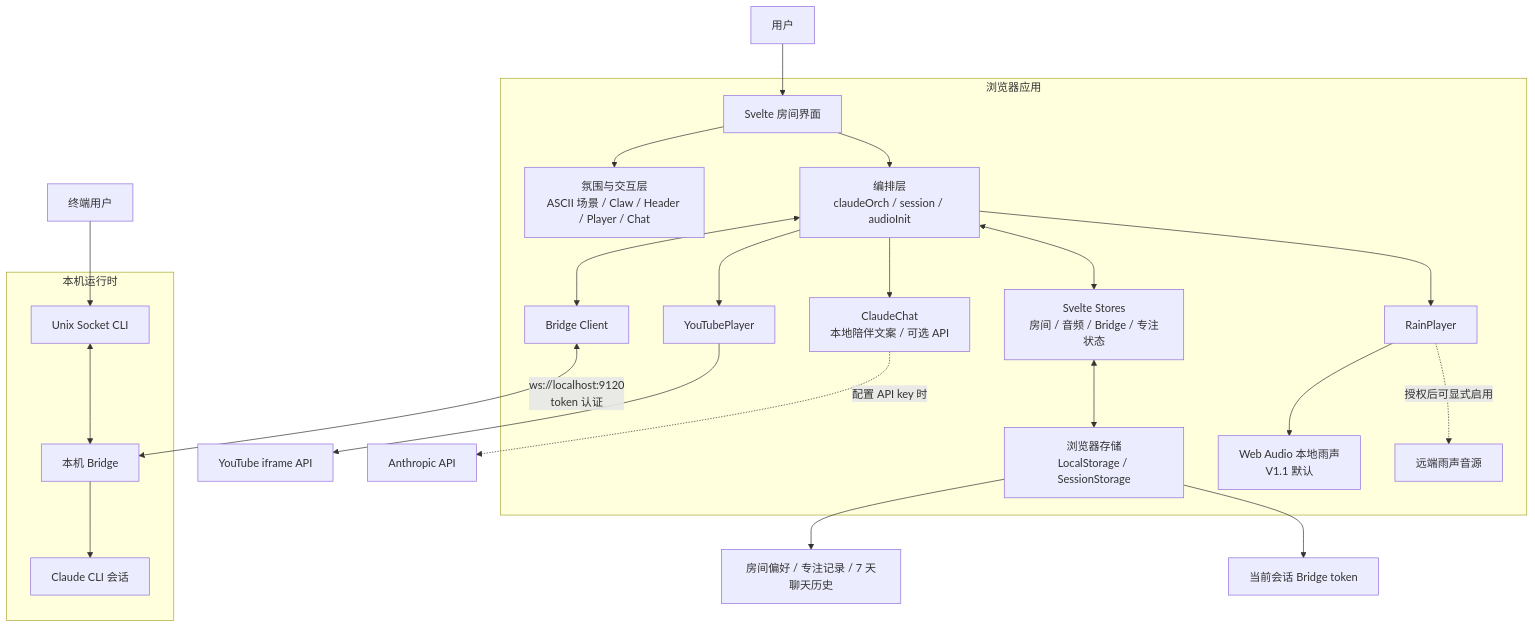
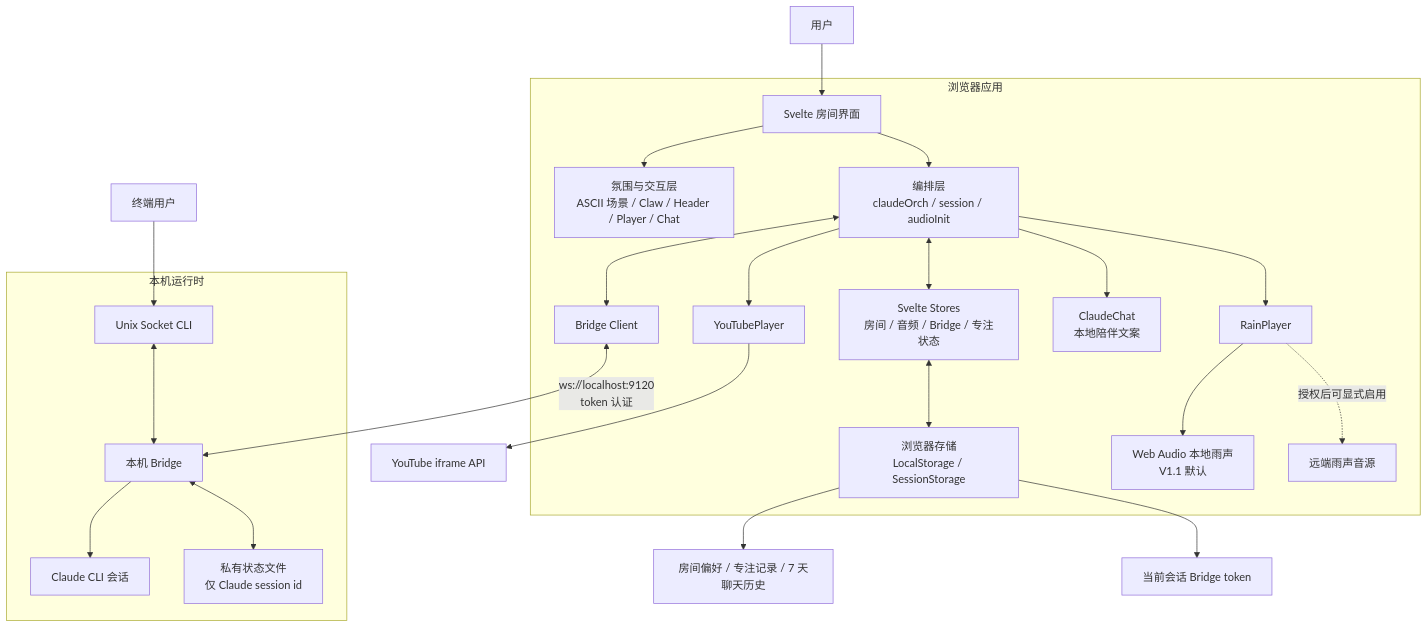
The diagram in docs/ARCHITECTURE.md (Eliotcute/loficlaude), drawn with Mermaid before and after one commit. The commit also changed other lines of this file and 14 other files, not shown here.

````diff
--- a/docs/ARCHITECTURE.md
+++ b/docs/ARCHITECTURE.md
@@ -3,32 +3,32 @@
 ```mermaid
 flowchart TB
     User["用户"] --> Room["Svelte 房间界面"]
     Terminal["终端用户"] --> Socket["Unix Socket CLI"]
 
     subgraph Browser["浏览器应用"]
         Room --> View["氛围与交互层<br/>ASCII 场景 / Claw / Header / Player / Chat"]
         Room --> Orch["编排层<br/>claudeOrch / session / audioInit"]
         Orch <--> Stores["Svelte Stores<br/>房间 / 音频 / Bridge / 专注状态"]
         Stores <--> Persist["浏览器存储<br/>LocalStorage / SessionStorage"]
 
         Orch --> Music["YouTubePlayer"]
         Orch --> Rain["RainPlayer"]
         Rain --> LocalRain["Web Audio 本地雨声<br/>V1.1 默认"]
         Rain -. "授权后可显式启用" .-> RemoteRain["远端雨声音源"]
 
-        Orch --> Companion["ClaudeChat<br/>本地陪伴文案 / 可选 API"]
+        Orch --> Companion["ClaudeChat<br/>本地陪伴文案"]
         Orch <--> Client["Bridge Client"]
     end
 
     Music --> YouTube["YouTube iframe API"]
-    Companion -. "配置 API key 时" .-> Anthropic["Anthropic API"]
     Client <-->|"ws://localhost:9120<br/>token 认证"| Bridge["本机 Bridge"]
 
     subgraph LocalRuntime["本机运行时"]
         Bridge --> ClaudeSession["Claude CLI 会话"]
+        Bridge <--> SessionState["私有状态文件<br/>仅 Claude session id"]
         Socket <--> Bridge
     end
 
     Persist --> LocalData["房间偏好 / 专注记录 / 7 天聊天历史"]
     Persist --> SessionToken["当前会话 Bridge token"]
 ```
````
